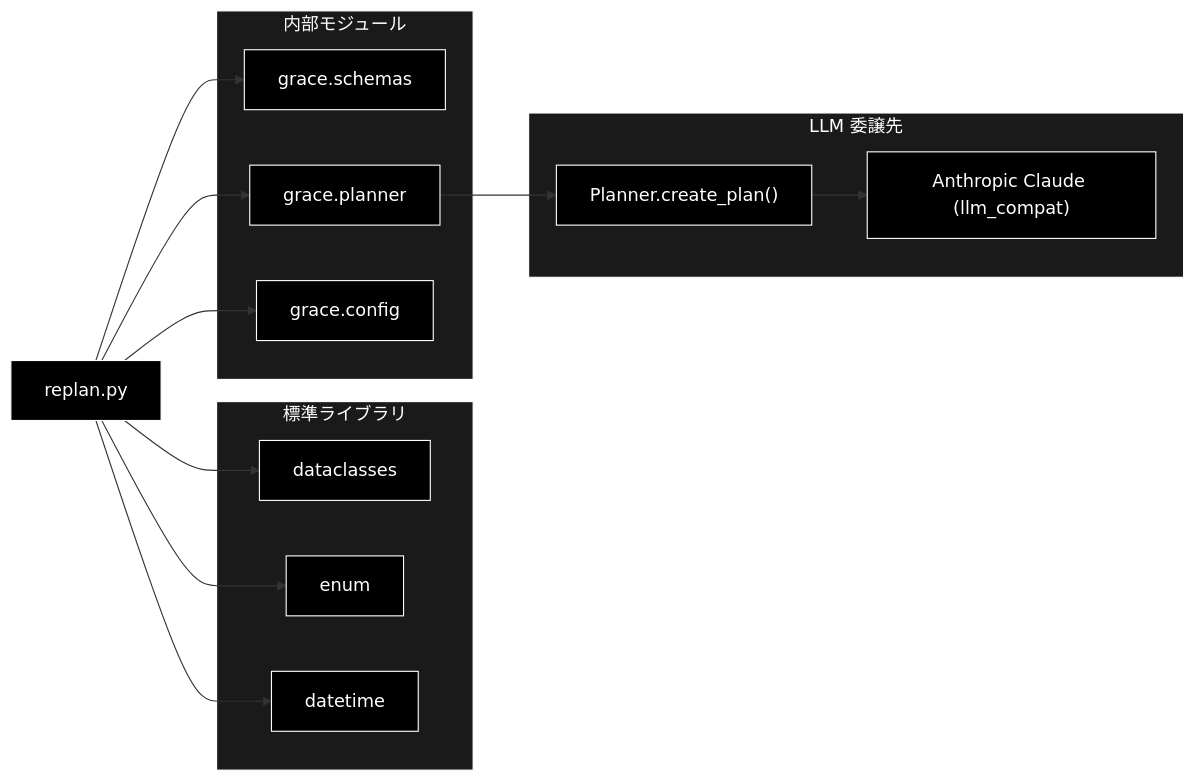
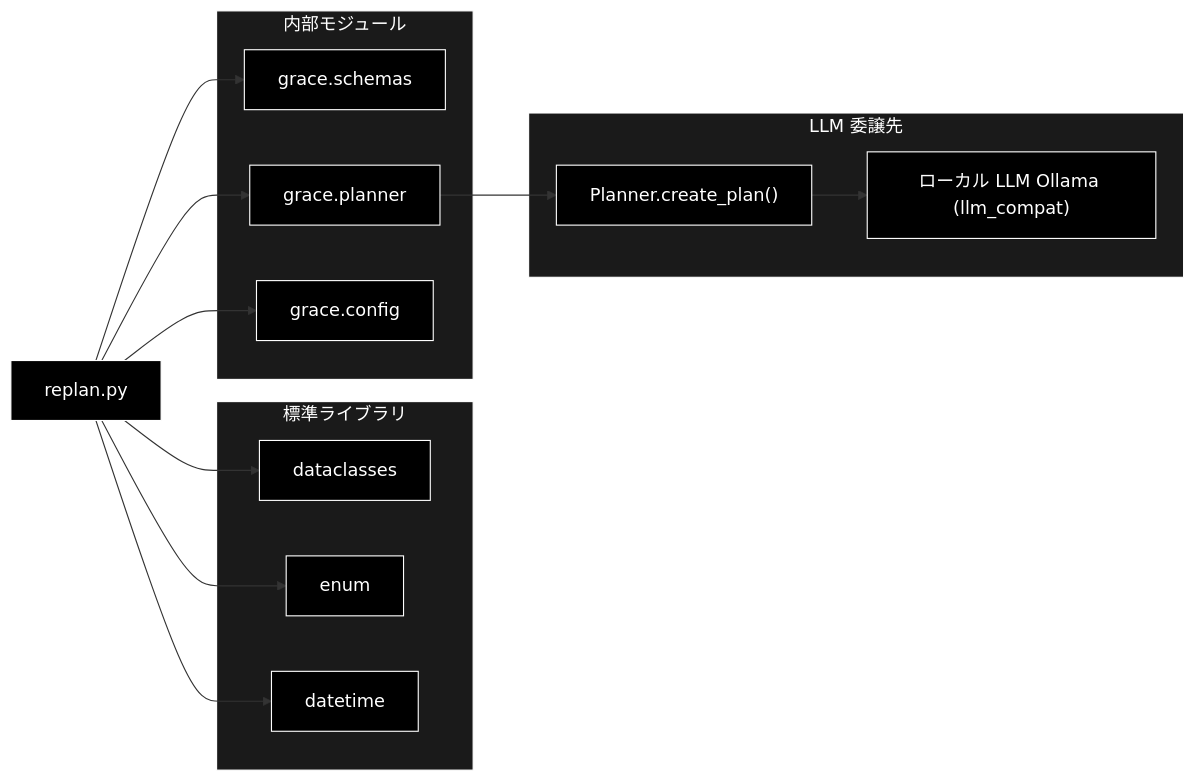
The third of 3 diagrams in grace/docs/replan.md (nakashima2toshio/grace_v2_local), drawn with Mermaid before and after one commit. The commit also changed other lines of this file and 6 other files, not shown here.

````diff
--- a/grace/docs/replan.md
+++ b/grace/docs/replan.md
@@ -1029,36 +1030,36 @@
 ```mermaid
 flowchart LR
     REPLAN["replan.py"]
 
     subgraph STDLIB["標準ライブラリ"]
         DC["dataclasses"]
         EN["enum"]
         DT["datetime"]
     end
 
     subgraph INTERNAL["内部モジュール"]
         SCHEMAS["grace.schemas"]
         PLANNER["grace.planner"]
         CONFIG["grace.config"]
     end
 
     subgraph LLMCHAIN["LLM 委譲先"]
         PCLASS["Planner.create_plan()"]
-        CLAUDE["Anthropic Claude (llm_compat)"]
+        CLAUDE["ローカル LLM Ollama (llm_compat)"]
     end
 
     REPLAN --> DC
     REPLAN --> EN
     REPLAN --> DT
     REPLAN --> SCHEMAS
     REPLAN --> PLANNER
     REPLAN --> CONFIG
     PLANNER --> PCLASS
     PCLASS --> CLAUDE
 classDef default fill:#000,stroke:#fff,color:#fff
 classDef subgraphStyle fill:#1a1a1a,stroke:#fff,color:#fff
 class REPLAN,DC,EN,DT,SCHEMAS,PLANNER,CONFIG,PCLASS,CLAUDE default
 style STDLIB fill:#1a1a1a,stroke:#fff,color:#fff
 style INTERNAL fill:#1a1a1a,stroke:#fff,color:#fff
 style LLMCHAIN fill:#1a1a1a,stroke:#fff,color:#fff
 ```
````
